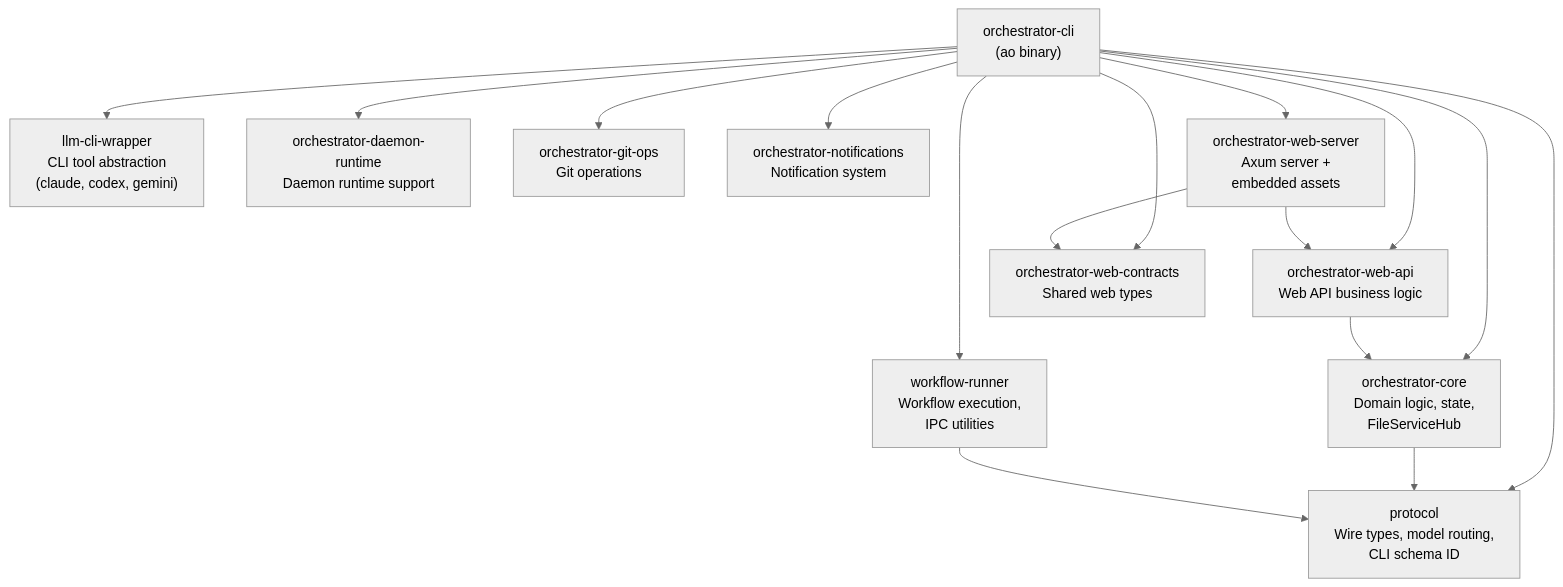
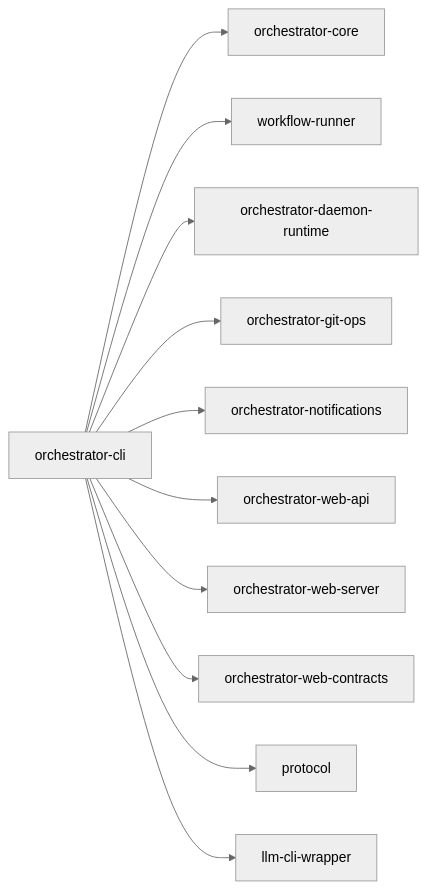
The third of 3 diagrams in crates/orchestrator-cli/README.md (launchapp-dev/animus-cli), drawn with Mermaid (neutral theme) before and after one commit. The commit also changed other lines of this file and 15 other files, not shown here.

````diff
--- a/crates/orchestrator-cli/README.md
+++ b/crates/orchestrator-cli/README.md
@@ -210,21 +128,25 @@
 ```mermaid
-graph TD
-    CLI["orchestrator-cli<br/>(ao binary)"]
+graph LR
+    CLI["orchestrator-cli"]
+    CORE["orchestrator-core"]
+    WFR["workflow-runner"]
+    DRT["orchestrator-daemon-runtime"]
+    GIT["orchestrator-git-ops"]
+    NOTIF["orchestrator-notifications"]
+    WEBAPI["orchestrator-web-api"]
+    WEBSRV["orchestrator-web-server"]
+    WEBCON["orchestrator-web-contracts"]
+    PROTO["protocol"]
+    WRAP["llm-cli-wrapper"]
 
-    CLI --> CORE["orchestrator-core<br/>Domain logic, state,<br/>FileServiceHub"]
-    CLI --> PROTO["protocol<br/>Wire types, model routing,<br/>CLI schema ID"]
-    CLI --> WRAP["llm-cli-wrapper<br/>CLI tool abstraction<br/>(claude, codex, gemini)"]
-    CLI --> WFRUN["workflow-runner<br/>Workflow execution,<br/>IPC utilities"]
-    CLI --> DAEMON["orchestrator-daemon-runtime<br/>Daemon runtime support"]
-    CLI --> GIT["orchestrator-git-ops<br/>Git operations"]
-    CLI --> NOTIF["orchestrator-notifications<br/>Notification system"]
-    CLI --> WEBAPI["orchestrator-web-api<br/>Web API business logic"]
-    CLI --> WEBSVR["orchestrator-web-server<br/>Axum server +<br/>embedded assets"]
-    CLI --> WEBCON["orchestrator-web-contracts<br/>Shared web types"]
-
-    CORE --> PROTO
-    WEBAPI --> CORE
-    WEBSVR --> WEBAPI
-    WEBSVR --> WEBCON
-    WFRUN --> PROTO
+    CLI --> CORE
+    CLI --> WFR
+    CLI --> DRT
+    CLI --> GIT
+    CLI --> NOTIF
+    CLI --> WEBAPI
+    CLI --> WEBSRV
+    CLI --> WEBCON
+    CLI --> PROTO
+    CLI --> WRAP
 ```
````
